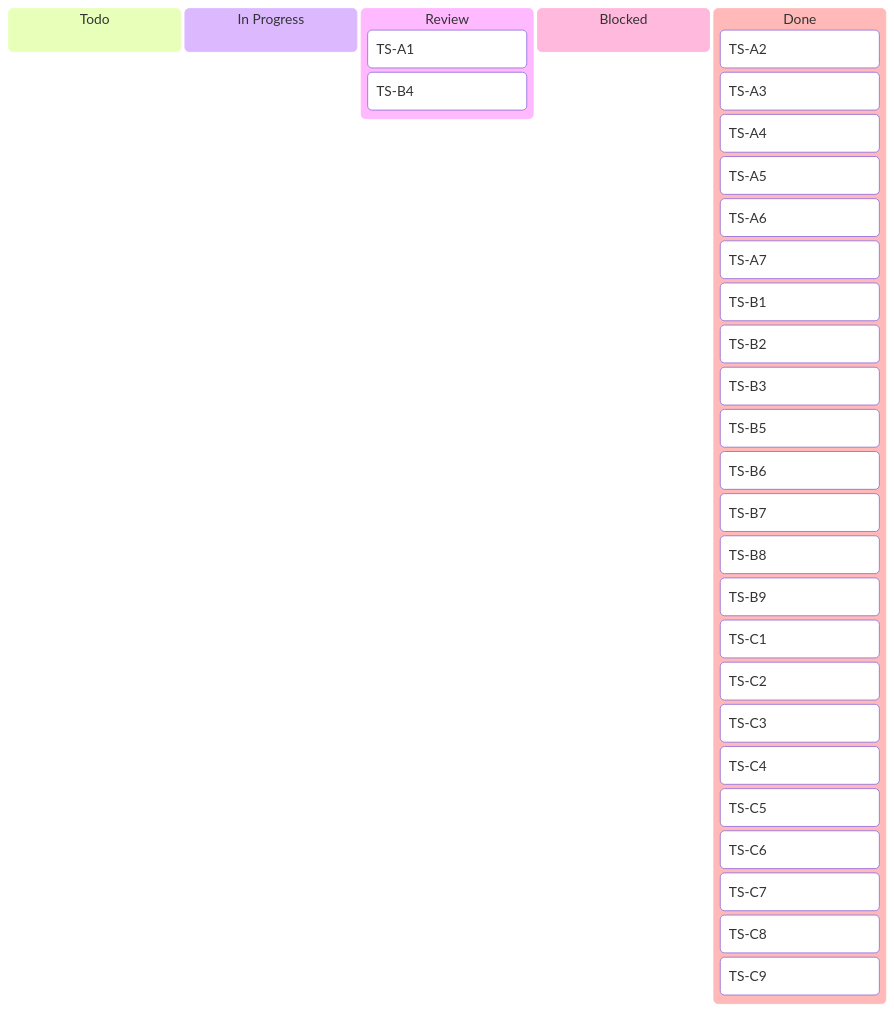
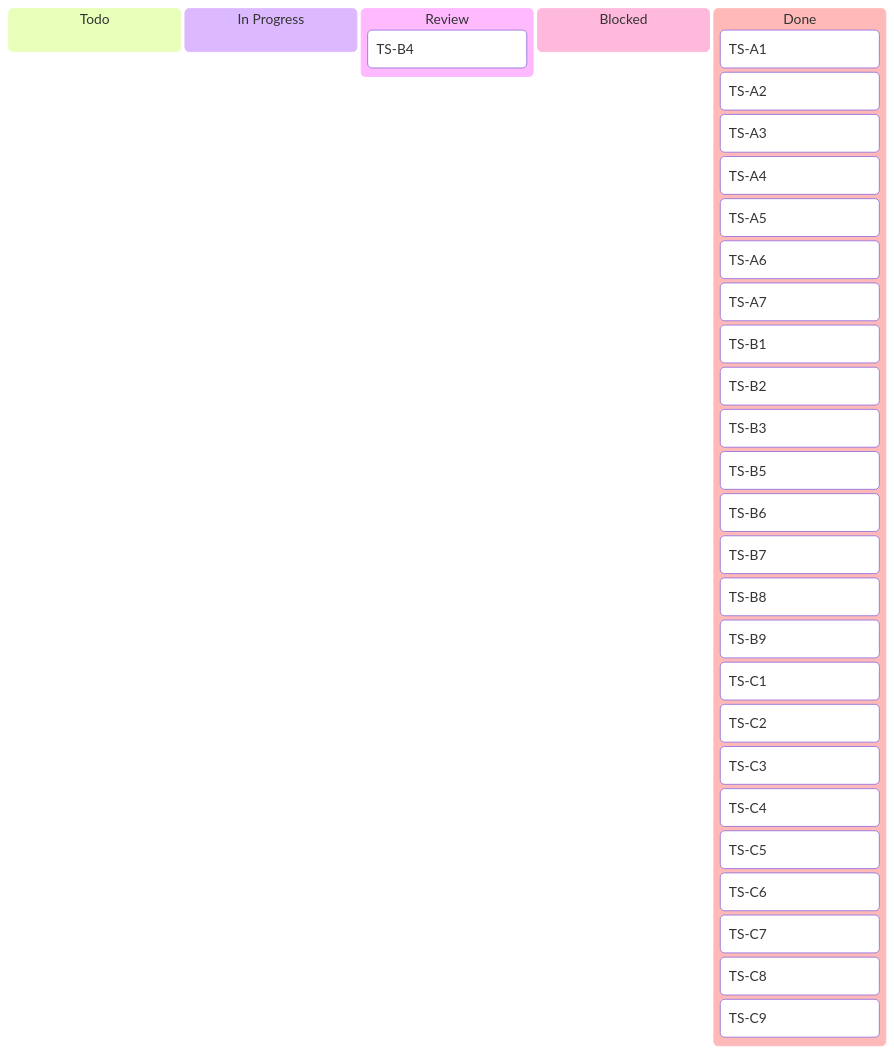
The diagram in docs/prd/tasks.md (AmanMansoori14/mcp-shield), drawn with Mermaid before and after one commit. The commit also changed other lines of this file and 2 other files, not shown here.

````diff
--- a/docs/prd/tasks.md
+++ b/docs/prd/tasks.md
@@ -25,33 +25,33 @@
 ```mermaid
 kanban
   todo[Todo]
   in_progress[In Progress]
   review[Review]
-    TS-A1
     TS-B4
   blocked[Blocked]
   done[Done]
+    TS-A1
     TS-A2
     TS-A3
     TS-A4
     TS-A5
     TS-A6
     TS-A7
     TS-B1
     TS-B2
     TS-B3
     TS-B5
     TS-B6
     TS-B7
     TS-B8
     TS-B9
     TS-C1
     TS-C2
     TS-C3
     TS-C4
     TS-C5
     TS-C6
     TS-C7
     TS-C8
     TS-C9
 ```
````
